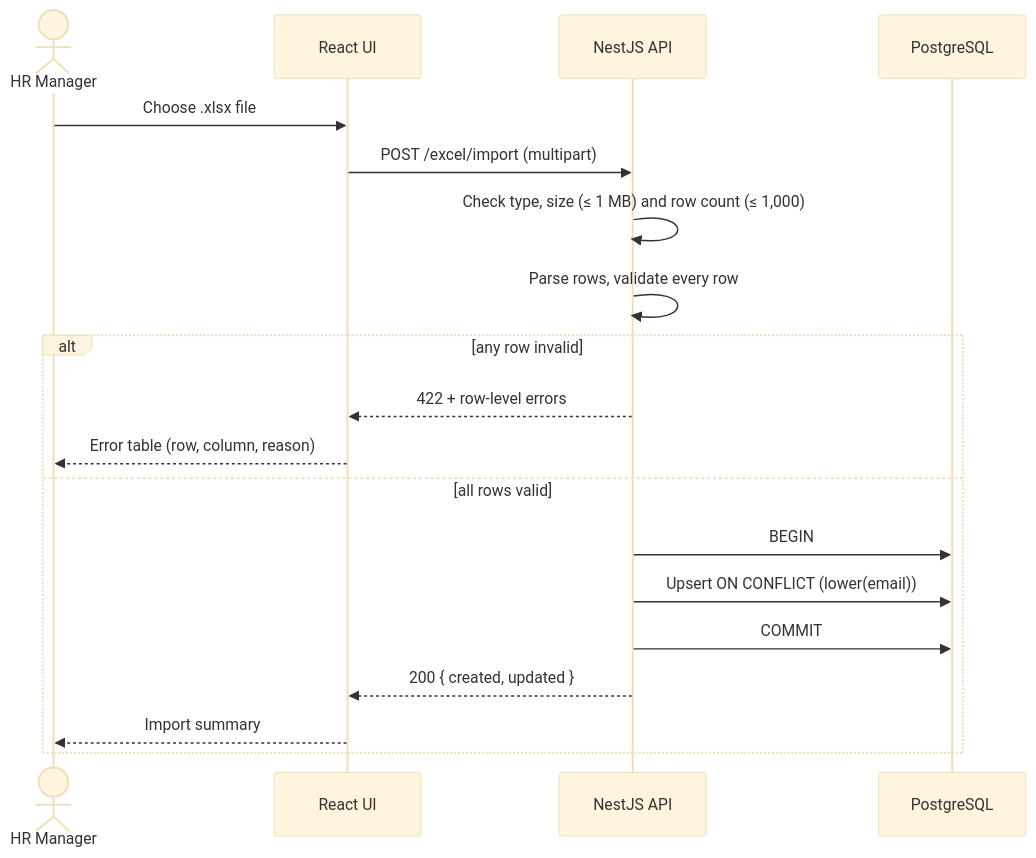
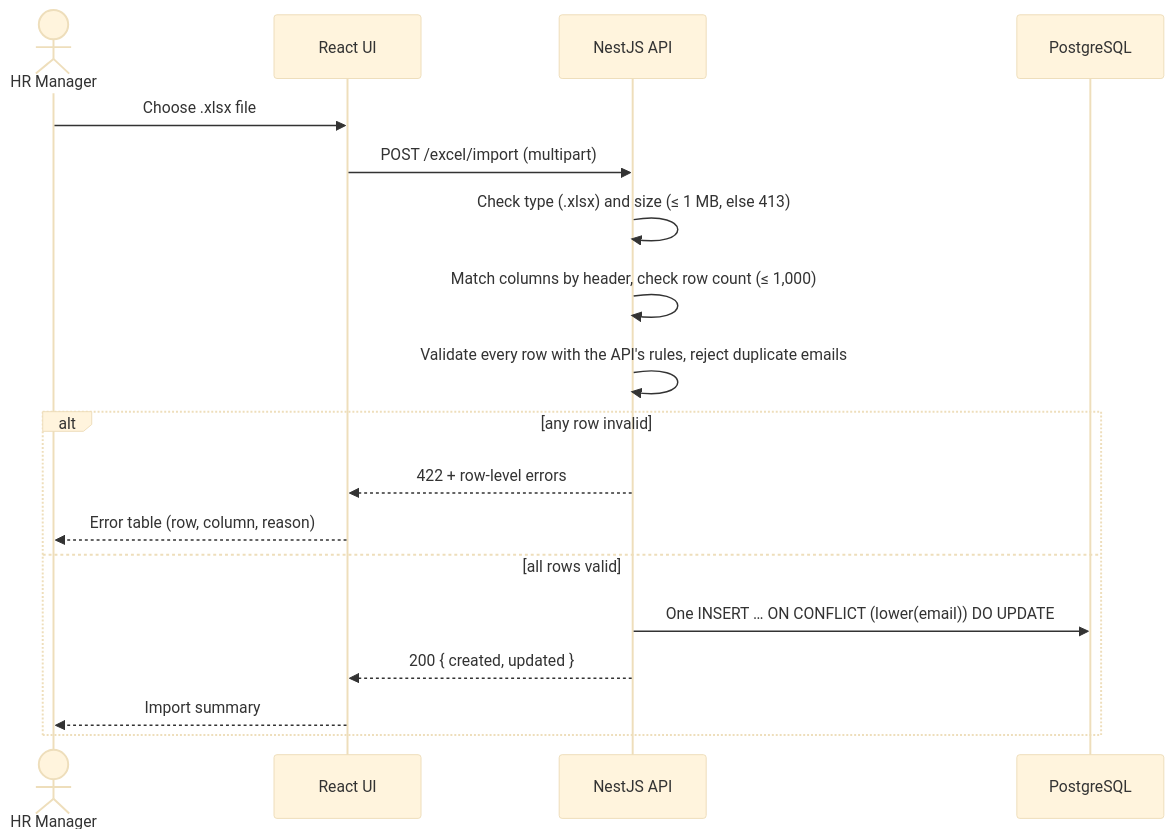
One commit to HarshAghera/salary-management changed the third of 3 diagrams in docs/architecture.md. Above: the diagram before and after it, drawn with Mermaid (base theme). The commit also changed other lines of this file and 17 other files, not shown here.

````diff
--- a/docs/architecture.md
+++ b/docs/architecture.md
@@ -131,22 +131,21 @@
 ```mermaid
 sequenceDiagram
     actor HR as HR Manager
     participant UI as React UI
     participant API as NestJS API
     participant DB as PostgreSQL
 
     HR->>UI: Choose .xlsx file
     UI->>API: POST /excel/import (multipart)
-    API->>API: Check type, size (≤ 1 MB) and row count (≤ 1,000)
-    API->>API: Parse rows, validate every row
+    API->>API: Check type (.xlsx) and size (≤ 1 MB, else 413)
+    API->>API: Match columns by header, check row count (≤ 1,000)
+    API->>API: Validate every row with the API's rules, reject duplicate emails
     alt any row invalid
         API-->>UI: 422 + row-level errors
         UI-->>HR: Error table (row, column, reason)
     else all rows valid
-        API->>DB: BEGIN
-        API->>DB: Upsert ON CONFLICT (lower(email))
-        API->>DB: COMMIT
+        API->>DB: One INSERT … ON CONFLICT (lower(email)) DO UPDATE
         API-->>UI: 200 { created, updated }
         UI-->>HR: Import summary
     end
 ```
````
